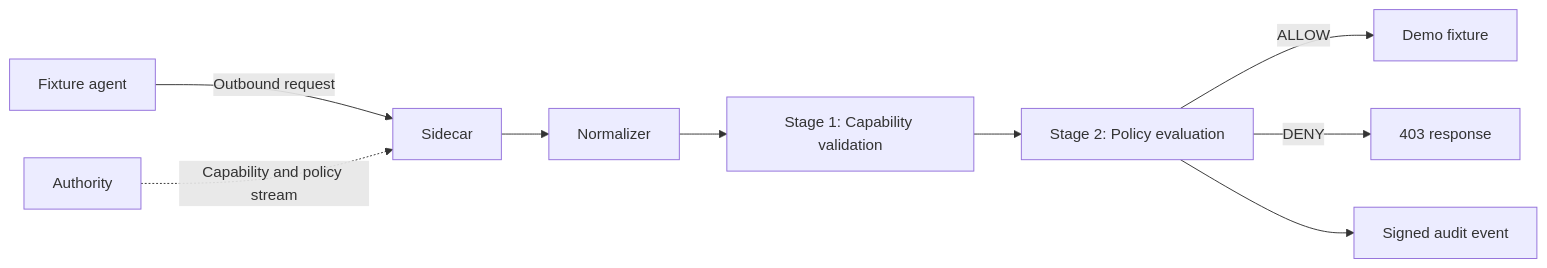
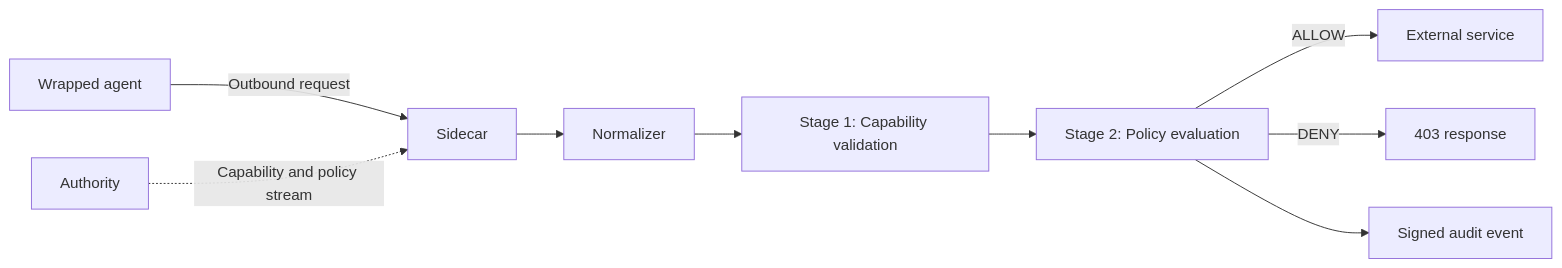
Before and after one commit to Firma-AI/openfirma: the diagram in docs-site/src/content/docs/quickstart.mdx, drawn with Mermaid. The commit also changed other lines of this file, not shown here.

First line of the commit message:
docs(quickstart): rewrite for binary install flow (FIR-180)

````diff
--- a/docs-site/src/content/docs/quickstart.mdx
+++ b/docs-site/src/content/docs/quickstart.mdx
@@ -60,11 +96,11 @@
 ```mermaid
 flowchart LR
-    agent["Fixture agent"] -->|"Outbound request"| sidecar["Sidecar"]
+    agent["Wrapped agent"] -->|"Outbound request"| sidecar["Sidecar"]
     sidecar --> normalizer["Normalizer"]
     normalizer --> stage1["Stage 1: Capability validation"]
     stage1 --> stage2["Stage 2: Policy evaluation"]
-    stage2 -->|"ALLOW"| fixture["Demo fixture"]
+    stage2 -->|"ALLOW"| forwarded["External service"]
     stage2 -->|"DENY"| denied["403 response"]
     stage2 --> audit["Signed audit event"]
     authority["Authority"] -. "Capability and policy stream" .-> sidecar
 ```
````
